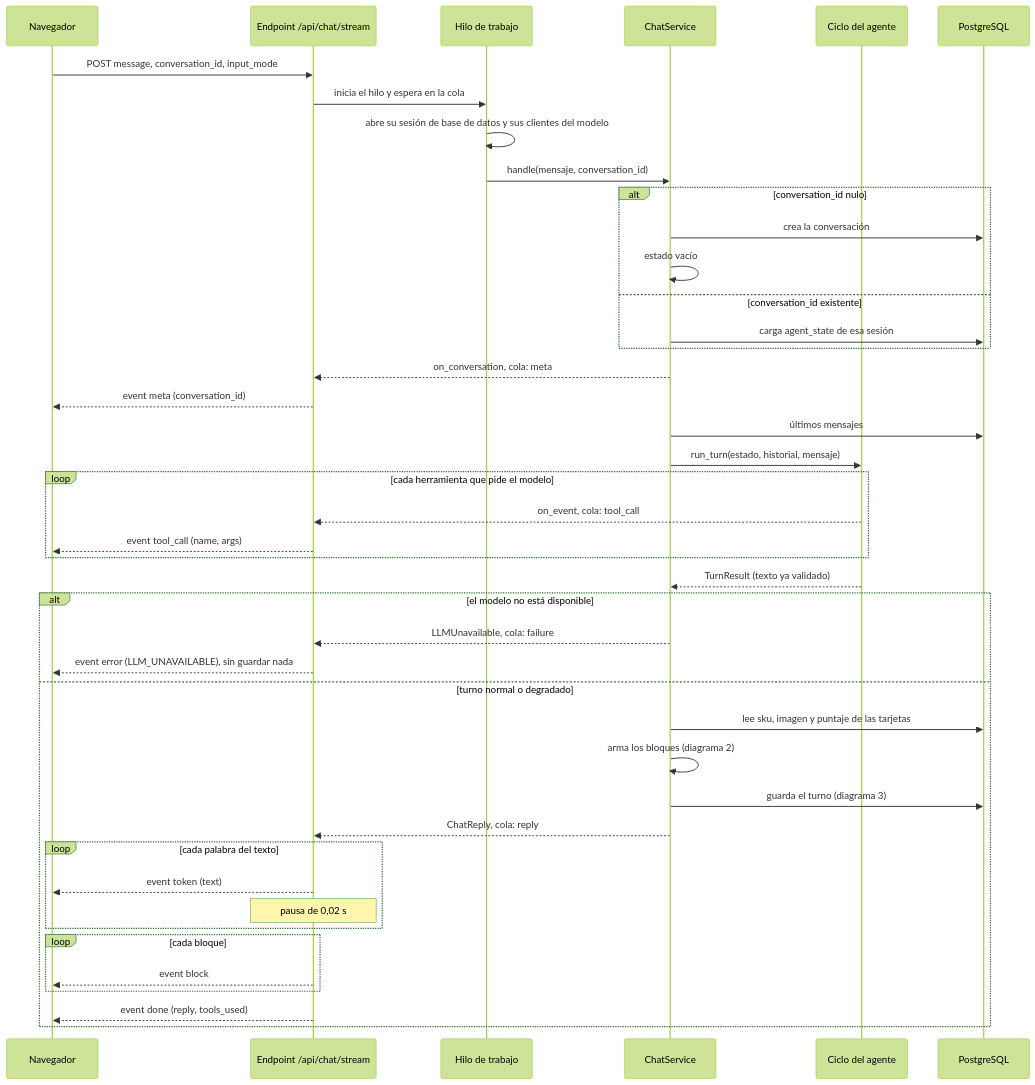
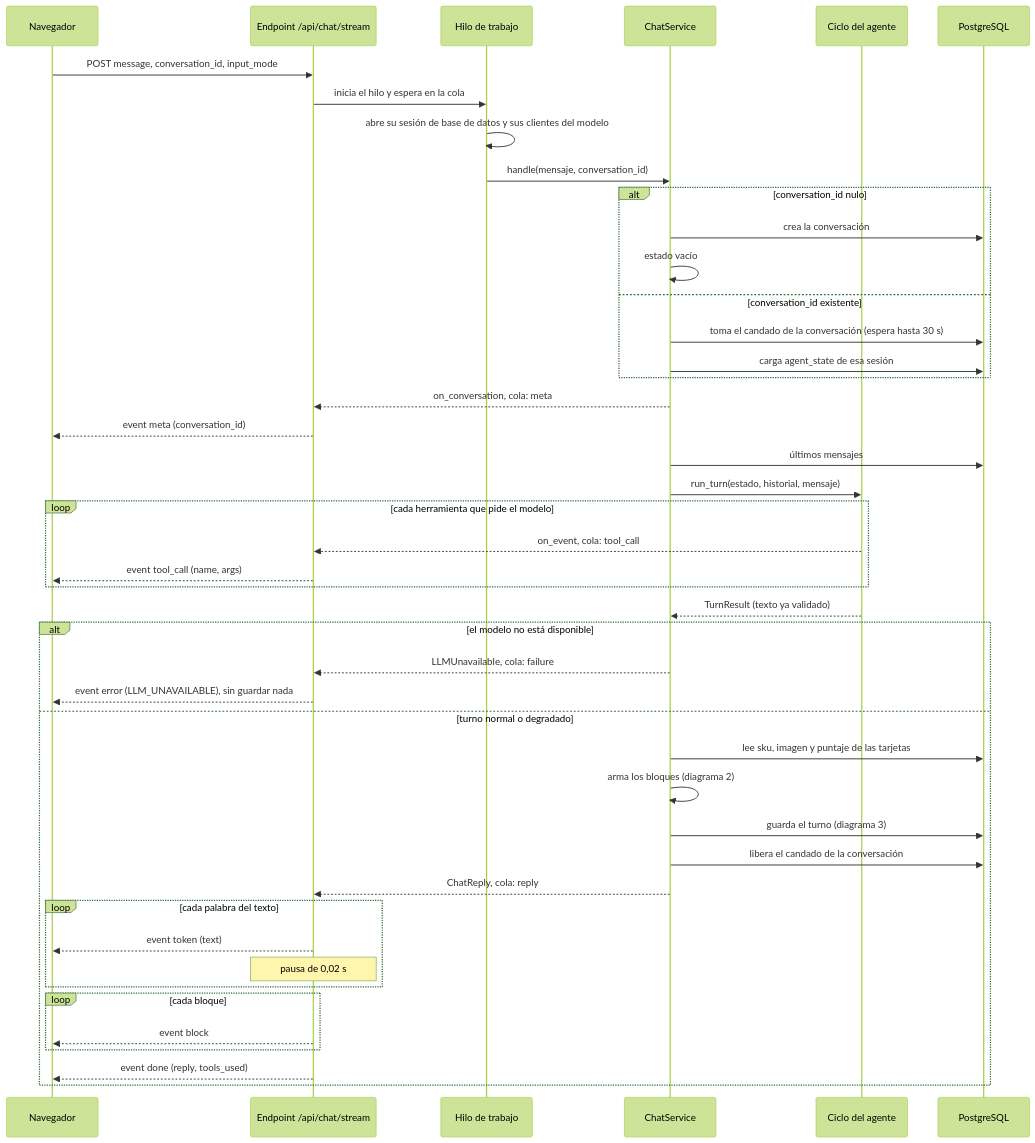
One commit to Saikus08/mercanova-ai-assistant changed the first of 3 diagrams in docs/diagrams/chat-flow.md. Above: the diagram before and after it, drawn with Mermaid (forest theme). The commit also changed other lines of this file and 1 other file, not shown here.

Commit message:
docs(chat): add the turn lock decision and update the chat flow diagram (#83)

````diff
--- a/docs/diagrams/chat-flow.md
+++ b/docs/diagrams/chat-flow.md
@@ -9,46 +9,48 @@
 ```mermaid
 sequenceDiagram
     participant U as Navegador
     participant A as Endpoint /api/chat/stream
     participant W as Hilo de trabajo
     participant S as ChatService
     participant L as Ciclo del agente
     participant DB as PostgreSQL
 
     U->>A: POST message, conversation_id, input_mode
     A->>W: inicia el hilo y espera en la cola
     W->>W: abre su sesión de base de datos y sus clientes del modelo
     W->>S: handle(mensaje, conversation_id)
     alt conversation_id nulo
         S->>DB: crea la conversación
         S->>S: estado vacío
     else conversation_id existente
+        S->>DB: toma el candado de la conversación (espera hasta 30 s)
         S->>DB: carga agent_state de esa sesión
     end
     S-->>A: on_conversation, cola: meta
     A-->>U: event meta (conversation_id)
     S->>DB: últimos mensajes
     S->>L: run_turn(estado, historial, mensaje)
     loop cada herramienta que pide el modelo
         L-->>A: on_event, cola: tool_call
         A-->>U: event tool_call (name, args)
     end
     L-->>S: TurnResult (texto ya validado)
     alt el modelo no está disponible
         S-->>A: LLMUnavailable, cola: failure
         A-->>U: event error (LLM_UNAVAILABLE), sin guardar nada
     else turno normal o degradado
         S->>DB: lee sku, imagen y puntaje de las tarjetas
         S->>S: arma los bloques (diagrama 2)
         S->>DB: guarda el turno (diagrama 3)
+        S->>DB: libera el candado de la conversación
         S-->>A: ChatReply, cola: reply
         loop cada palabra del texto
             A-->>U: event token (text)
             Note over A: pausa de 0,02 s
         end
         loop cada bloque
             A-->>U: event block
         end
         A-->>U: event done (reply, tools_used)
     end
 ```
````
